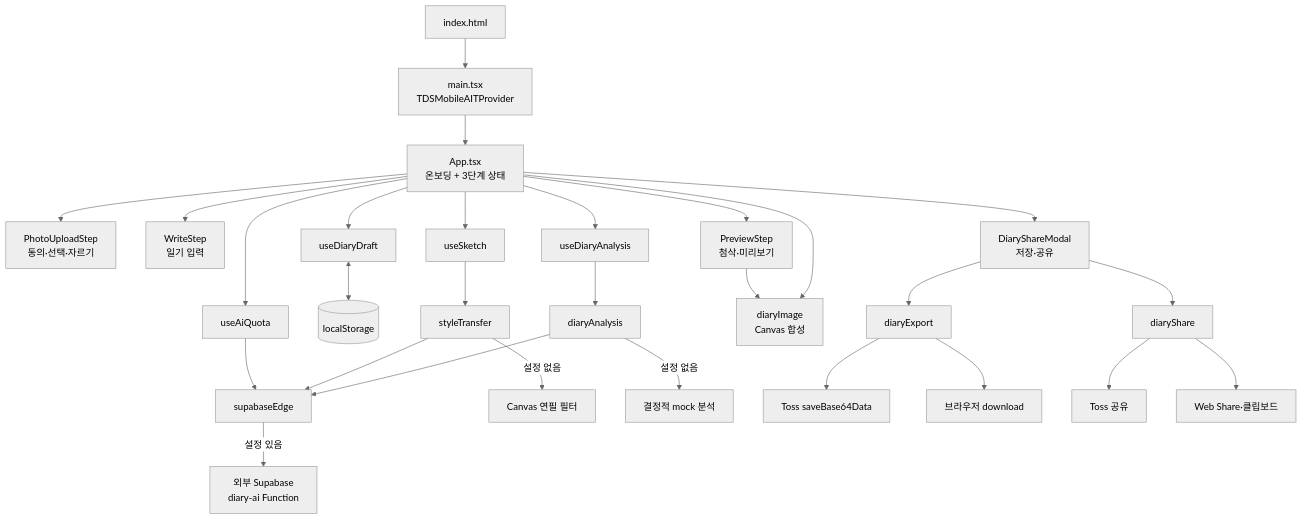
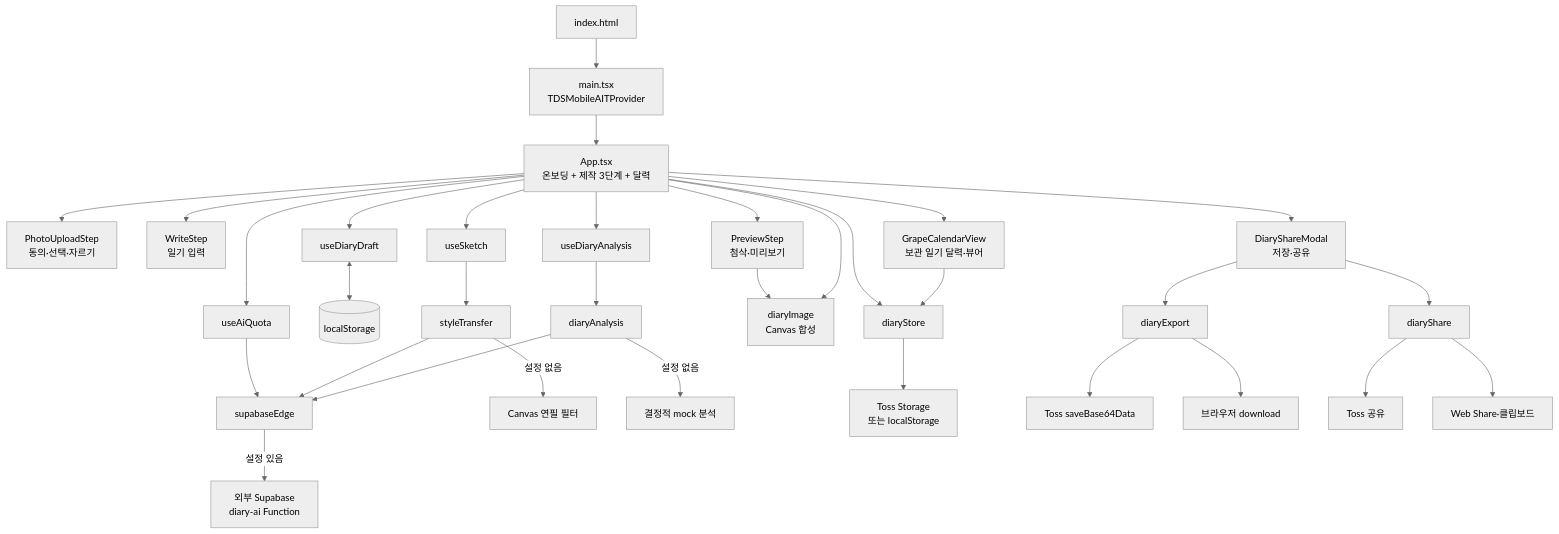
One commit to SummerVacationDiaryTMD/Summer_Vacation_Diary changed the first of 3 diagrams in docs/architecture.md. Above: the diagram before and after it, drawn with Mermaid (neutral theme). The commit also changed other lines of this file and 11 other files, not shown here.

````diff
--- a/docs/architecture.md
+++ b/docs/architecture.md
@@ -14,35 +14,39 @@
 ```mermaid
 flowchart TD
     HTML["index.html"] --> Main["main.tsx<br/>TDSMobileAITProvider"]
-    Main --> App["App.tsx<br/>온보딩 + 3단계 상태"]
+    Main --> App["App.tsx<br/>온보딩 + 제작 3단계 + 달력"]
 
     App --> Upload["PhotoUploadStep<br/>동의·선택·자르기"]
     App --> Write["WriteStep<br/>일기 입력"]
     App --> Preview["PreviewStep<br/>첨삭·미리보기"]
+    App --> Calendar["GrapeCalendarView<br/>보관 일기 달력·뷰어"]
     App --> ShareModal["DiaryShareModal<br/>저장·공유"]
 
     App --> Draft["useDiaryDraft"]
     App --> Sketch["useSketch"]
     App --> Analysis["useDiaryAnalysis"]
     App --> Quota["useAiQuota"]
 
     Draft <--> Local[("localStorage")]
     Sketch --> Transfer["styleTransfer"]
     Analysis --> Analyzer["diaryAnalysis"]
     Quota --> EdgeClient["supabaseEdge"]
     Transfer --> EdgeClient
     Analyzer --> EdgeClient
 
     EdgeClient -->|설정 있음| Edge["외부 Supabase<br/>diary-ai Function"]
     Transfer -->|설정 없음| Filter["Canvas 연필 필터"]
     Analyzer -->|설정 없음| Mock["결정적 mock 분석"]
 
     Preview --> Composer["diaryImage<br/>Canvas 합성"]
     App --> Composer
+    App --> Archive["diaryStore"]
+    Calendar --> Archive
+    Archive --> DeviceStore["Toss Storage<br/>또는 localStorage"]
     ShareModal --> Export["diaryExport"]
     ShareModal --> Share["diaryShare"]
     Export --> TossSave["Toss saveBase64Data"]
     Export --> BrowserSave["브라우저 download"]
     Share --> TossShare["Toss 공유"]
     Share --> BrowserShare["Web Share·클립보드"]
 ```
````
